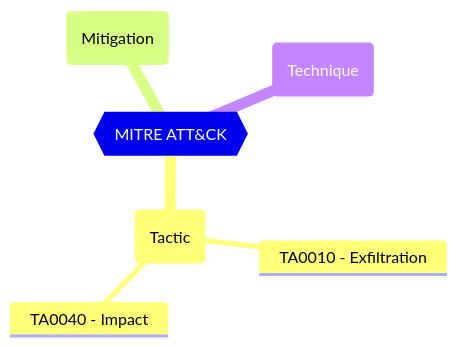
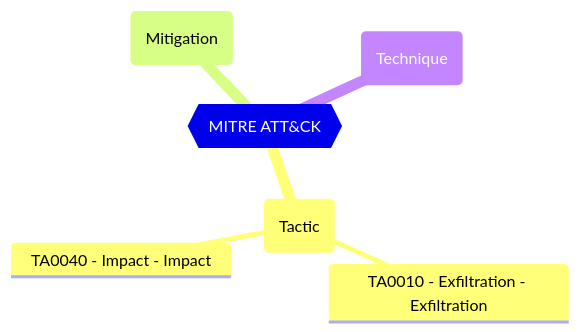
One commit to maester365/maester changed the diagram in docs/docs/tests/AADSC/AADSC.authorizationPolicy.allowedToCreateTenants.md. Above: the diagram before and after it, drawn with Mermaid. The commit also changed other lines of this file and 95 other files, not shown here.

````diff
--- a/docs/docs/tests/AADSC/AADSC.authorizationPolicy.allowedToCreateTenants.md
+++ b/docs/docs/tests/AADSC/AADSC.authorizationPolicy.allowedToCreateTenants.md
@@ -19,11 +31,11 @@
 ```mermaid
 mindmap
   root{{MITRE ATT&CK}}
     (Tactic)
-      TA0010 - Exfiltration
-      TA0040 - Impact
+      TA0010 - Exfiltration - Exfiltration
+      TA0040 - Impact - Impact
     (Mitigation)
 
     (Technique)
 
 ```
````
